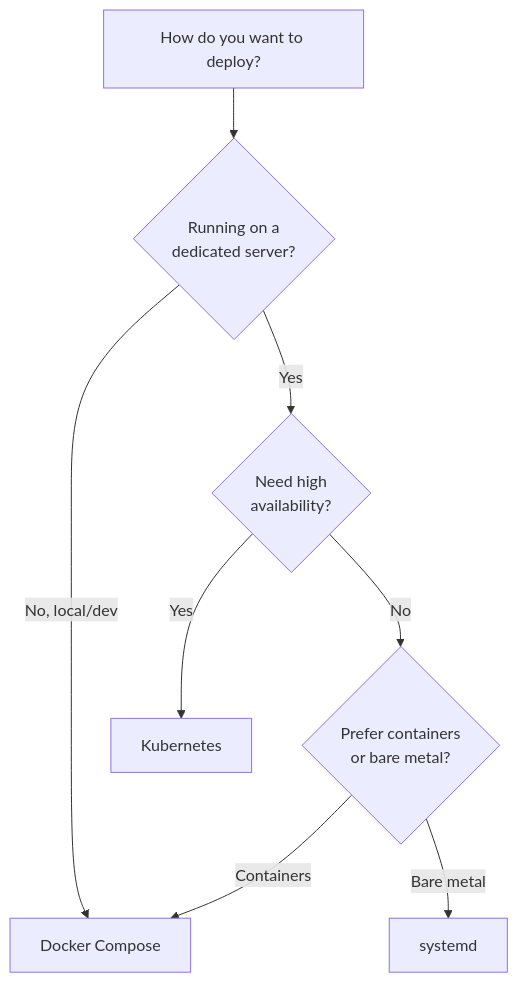
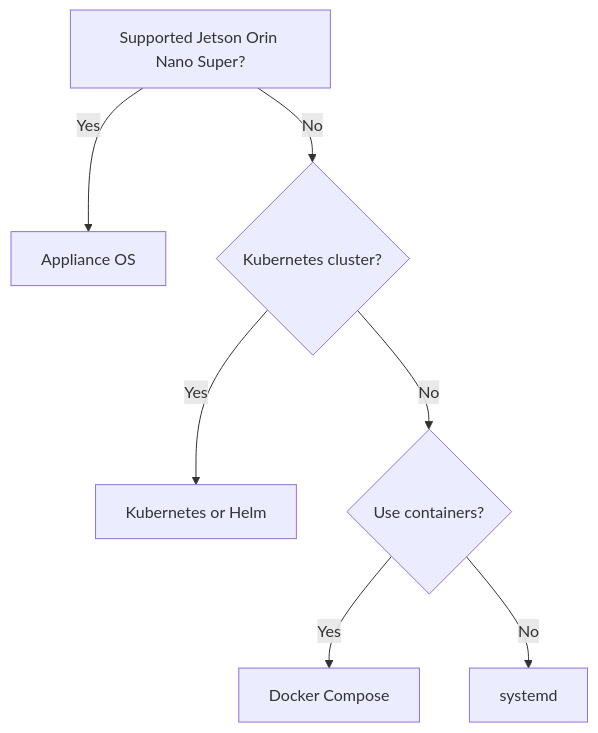
One commit to seiggy/lucia.ai changed the second of 2 diagrams in docs/deployment/overview.md. Above: the diagram before and after it, drawn with Mermaid. The commit also changed other lines of this file and 187 other files, not shown here.

````diff
--- a/docs/deployment/overview.md
+++ b/docs/deployment/overview.md
@@ -52,10 +53,9 @@
 ```mermaid
 graph TD
-    Start[How do you want to deploy?] --> Q1{Running on a<br/>dedicated server?}
-    Q1 -->|No, local/dev| Docker[Docker Compose]
-    Q1 -->|Yes| Q2{Need high<br/>availability?}
-    Q2 -->|No| Q3{Prefer containers<br/>or bare metal?}
-    Q2 -->|Yes| K8s[Kubernetes]
-    Q3 -->|Containers| Docker
-    Q3 -->|Bare metal| Systemd[systemd]
+    Start[Supported Jetson Orin Nano Super?] -->|Yes| Appliance[Appliance OS]
+    Start -->|No| Q1{Kubernetes cluster?}
+    Q1 -->|Yes| K8s[Kubernetes or Helm]
+    Q1 -->|No| Q2{Use containers?}
+    Q2 -->|Yes| Docker[Docker Compose]
+    Q2 -->|No| Systemd[systemd]
 ```
````
